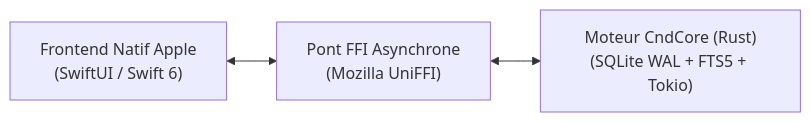
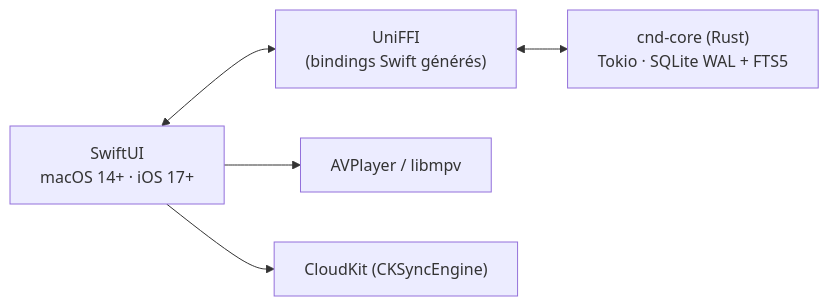
The diagram in README.md (coundia/buntu), drawn with Mermaid before and after one commit. The commit also changed other lines of this file, not shown here.

````diff
--- a/README.md
+++ b/README.md
@@ -10,5 +77,7 @@
 ```mermaid
 flowchart LR
-    SwiftUI["Frontend Natif Apple\n(SwiftUI / Swift 6)"] <--> UniFFI["Pont FFI Asynchrone\n(Mozilla UniFFI)"]
-    UniFFI <--> RustCore["Moteur CndCore (Rust)\n(SQLite WAL + FTS5 + Tokio)"]
+    UI["SwiftUI<br/>macOS 14+ · iOS 17+"] <--> FFI["UniFFI<br/>(bindings Swift générés)"]
+    FFI <--> Core["cnd-core (Rust)<br/>Tokio · SQLite WAL + FTS5"]
+    UI --> Player["AVPlayer / libmpv"]
+    UI --> iCloud["CloudKit (CKSyncEngine)"]
 ```
````
